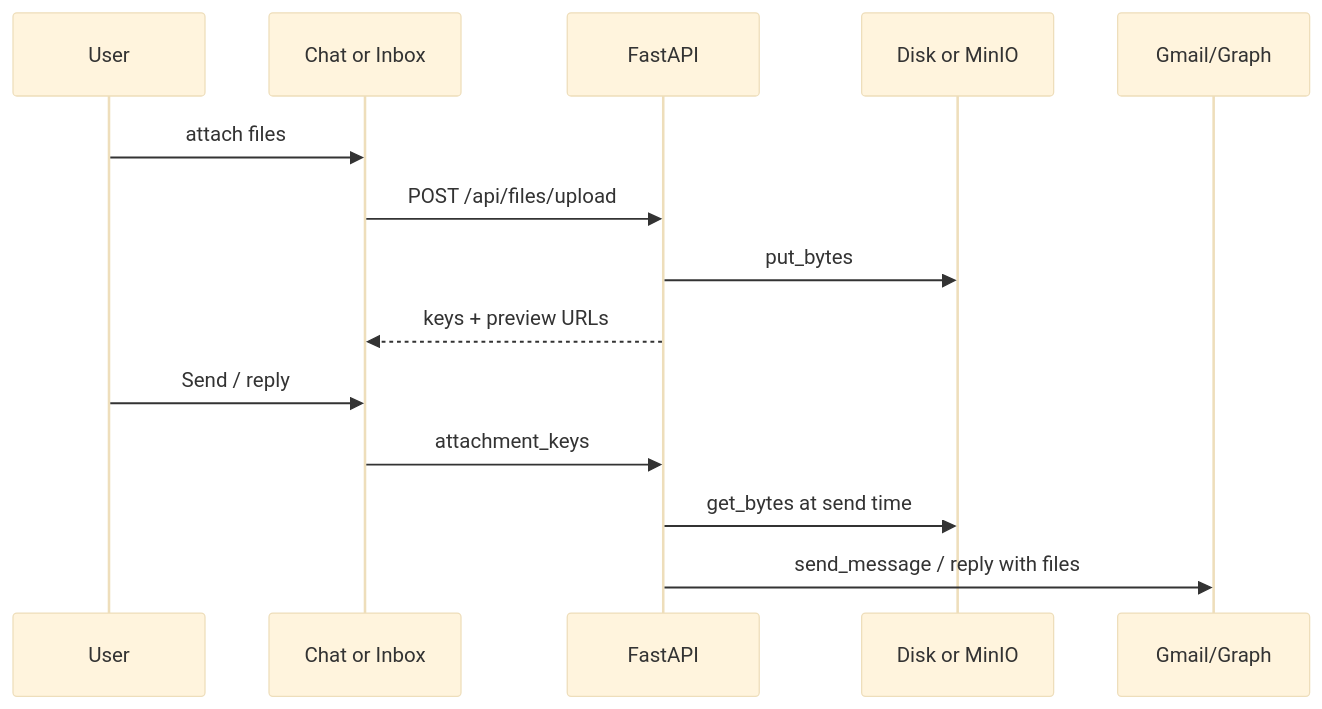
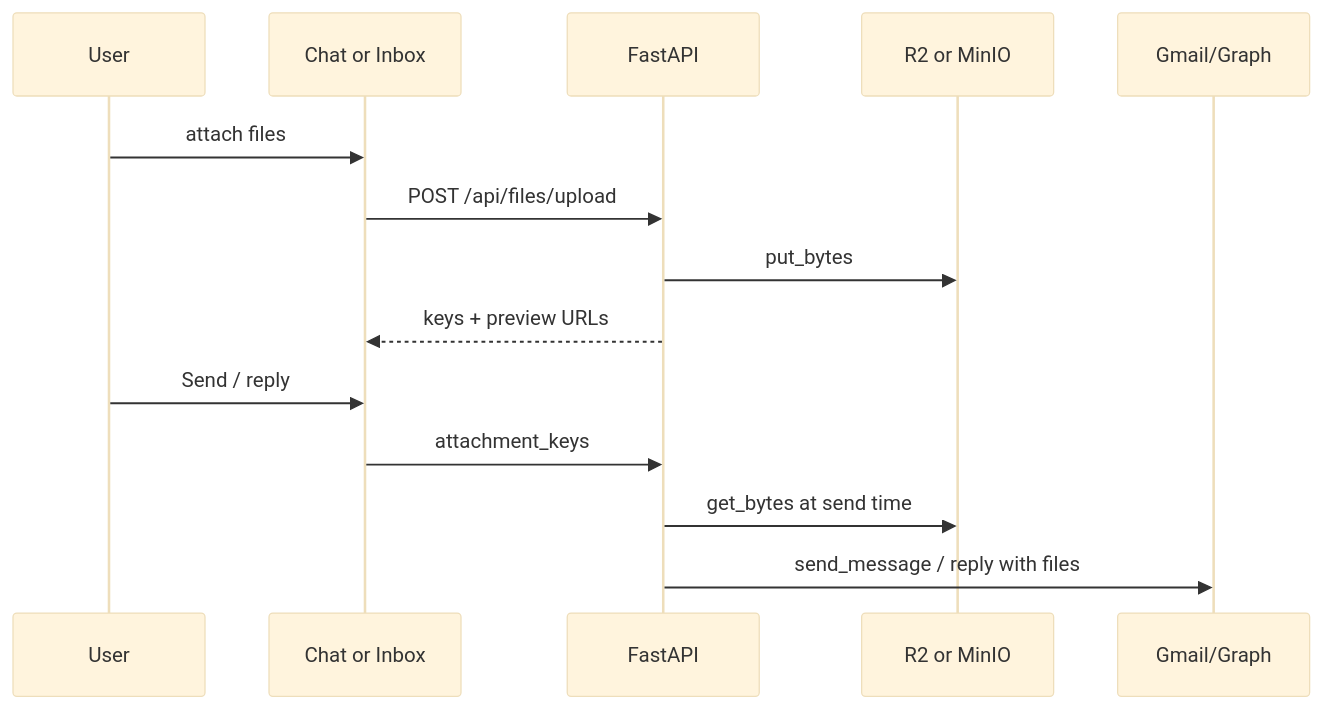
The tenth of 14 diagrams in docs/diagrams.md (specialshweta26/Checkme), drawn with Mermaid (base theme) before and after one commit. The commit also changed other lines of this file and 5 other files, not shown here.

````diff
--- a/docs/diagrams.md
+++ b/docs/diagrams.md
@@ -213,16 +213,16 @@
 ```mermaid
 sequenceDiagram
   participant U as User
   participant UI as Chat or Inbox
   participant A as FastAPI
-  participant S as Disk or MinIO
+  participant S as R2 or MinIO
   participant P as Gmail/Graph
   U->>UI: attach files
   UI->>A: POST /api/files/upload
   A->>S: put_bytes
   A-->>UI: keys + preview URLs
   U->>UI: Send / reply
   UI->>A: attachment_keys
   A->>S: get_bytes at send time
   A->>P: send_message / reply with files
 ```
````
